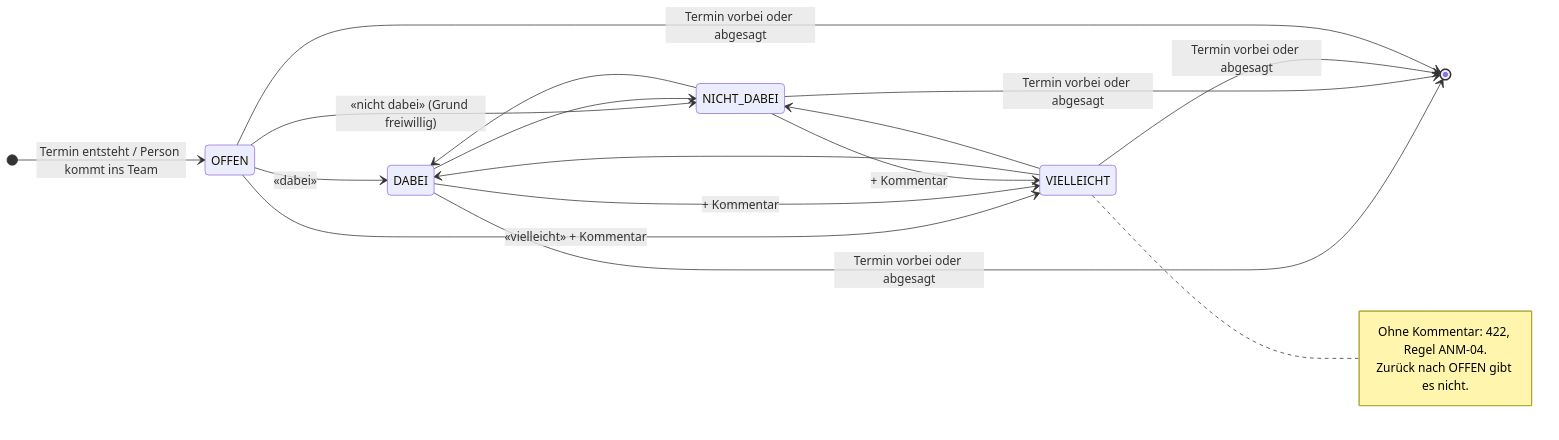
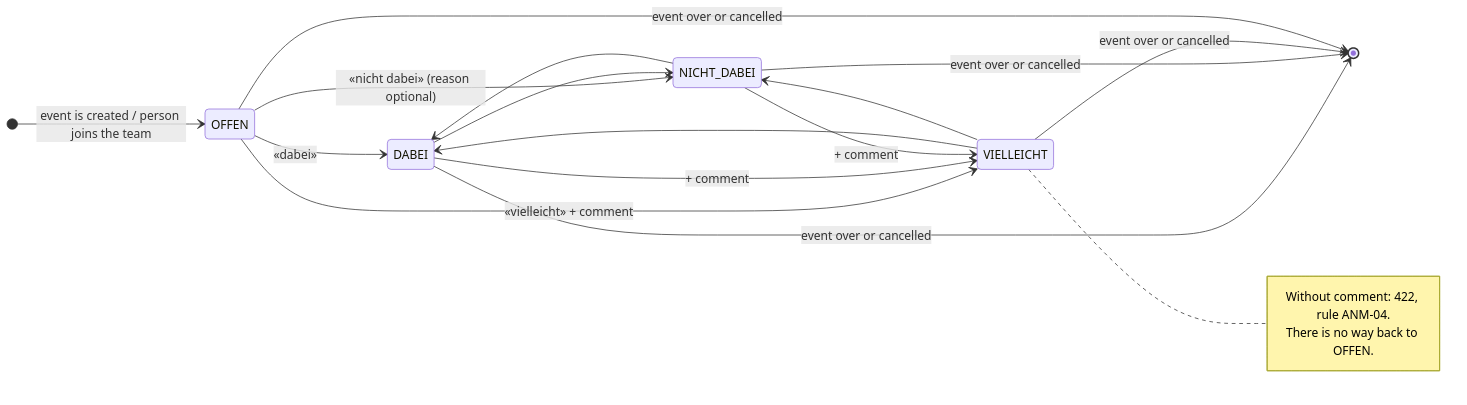
The first of 13 diagrams in docs/states.md (cyrilleulmi/StvBeroPlatform), drawn with Mermaid before and after one commit. The commit also changed other lines of this file and 19 other files, not shown here.

````diff
--- a/docs/states.md
+++ b/docs/states.md
@@ -9,23 +11,23 @@
 ```mermaid
 stateDiagram-v2
     direction LR
-    [*] --> OFFEN: Termin entsteht / Person kommt ins Team
+    [*] --> OFFEN: event is created / person joins the team
     OFFEN --> DABEI: «dabei»
-    OFFEN --> NICHT_DABEI: «nicht dabei» (Grund freiwillig)
-    OFFEN --> VIELLEICHT: «vielleicht» + Kommentar
+    OFFEN --> NICHT_DABEI: «nicht dabei» (reason optional)
+    OFFEN --> VIELLEICHT: «vielleicht» + comment
     DABEI --> NICHT_DABEI
-    DABEI --> VIELLEICHT: + Kommentar
+    DABEI --> VIELLEICHT: + comment
     NICHT_DABEI --> DABEI
-    NICHT_DABEI --> VIELLEICHT: + Kommentar
+    NICHT_DABEI --> VIELLEICHT: + comment
     VIELLEICHT --> DABEI
     VIELLEICHT --> NICHT_DABEI
-    DABEI --> [*]: Termin vorbei oder abgesagt
-    NICHT_DABEI --> [*]: Termin vorbei oder abgesagt
-    VIELLEICHT --> [*]: Termin vorbei oder abgesagt
-    OFFEN --> [*]: Termin vorbei oder abgesagt
+    DABEI --> [*]: event over or cancelled
+    NICHT_DABEI --> [*]: event over or cancelled
+    VIELLEICHT --> [*]: event over or cancelled
+    OFFEN --> [*]: event over or cancelled
 
     note right of VIELLEICHT
-        Ohne Kommentar: 422, Regel ANM-04.
-        Zurück nach OFFEN gibt es nicht.
+        Without comment: 422, rule ANM-04.
+        There is no way back to OFFEN.
     end note
 ```
````
